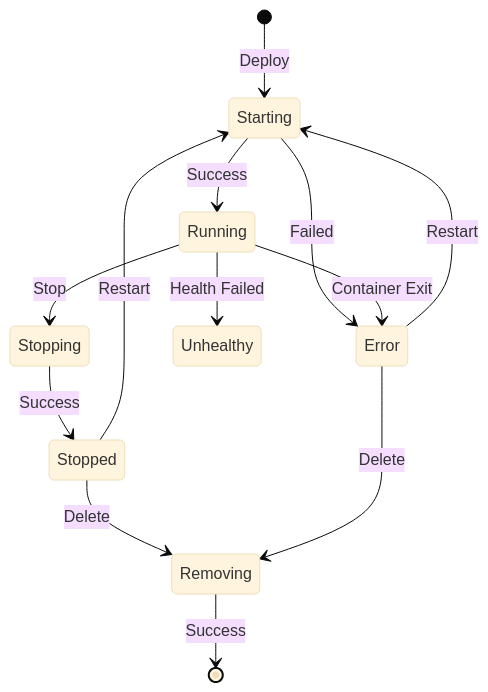
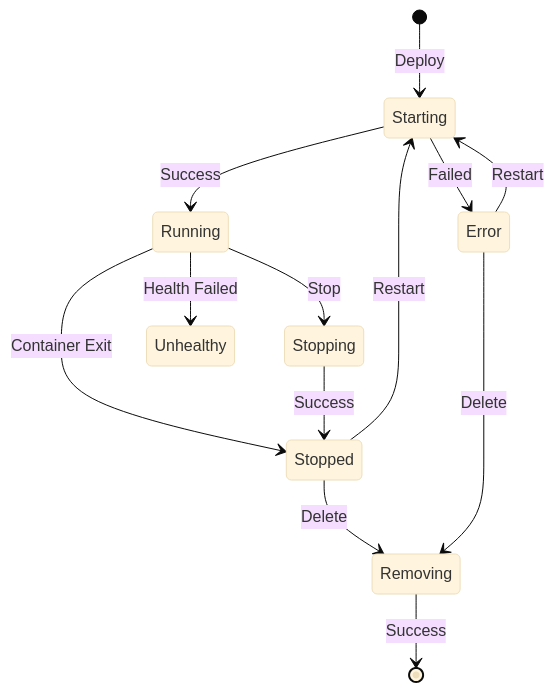
One commit to stacklok/toolhive changed the diagram in docs/arch/08-workloads-lifecycle.md. Above: the diagram before and after it, drawn with Mermaid (base theme). The commit also changed other lines of this file, not shown here.

First line of the commit message:
Fix workloads lifecycle architecture documentation

````diff
--- a/docs/arch/08-workloads-lifecycle.md
+++ b/docs/arch/08-workloads-lifecycle.md
@@ -16,18 +16,18 @@
 ```mermaid
 stateDiagram-v2
     [*] --> Starting: Deploy
     Starting --> Running: Success
     Starting --> Error: Failed
 
     Running --> Stopping: Stop
     Running --> Unhealthy: Health Failed
-    Running --> Error: Container Exit
+    Running --> Stopped: Container Exit
 
     Stopping --> Stopped: Success
     Stopped --> Starting: Restart
     Stopped --> Removing: Delete
 
     Removing --> [*]: Success
     Error --> Starting: Restart
     Error --> Removing: Delete
 ```
````
